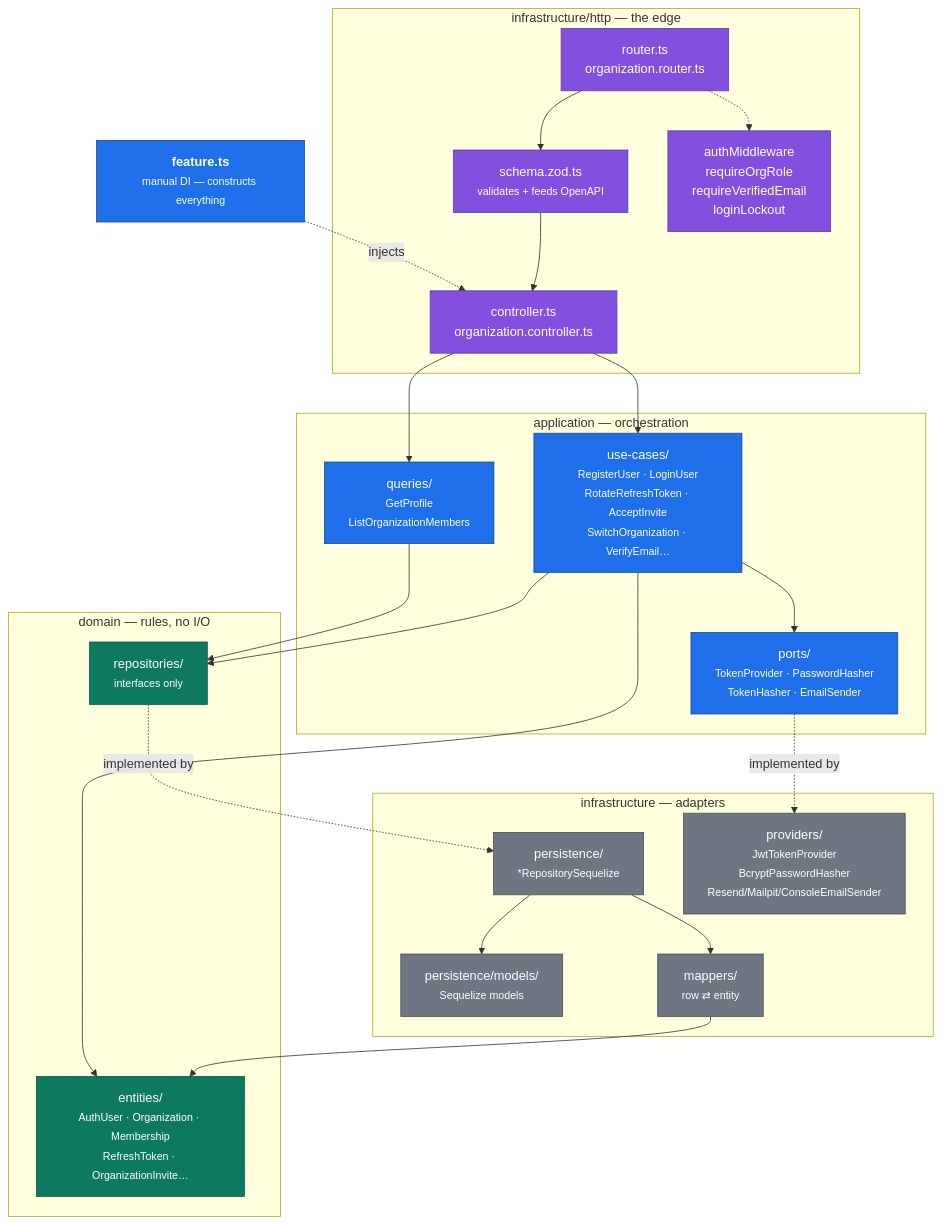
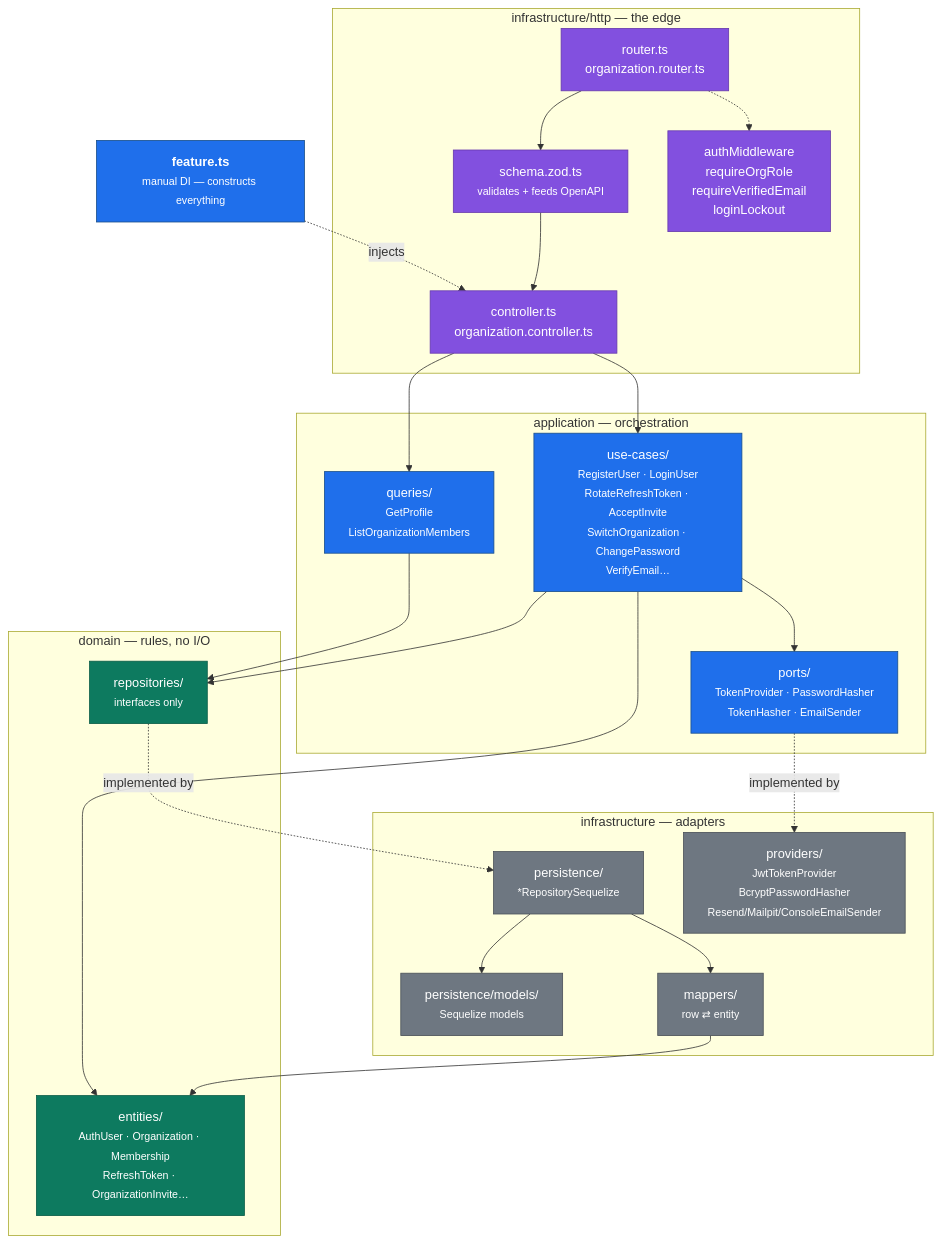
The diagram in docs/explanation/architecture/c4-components-auth.md (dimaszisby/lakira-backend), drawn with Mermaid before and after one commit. The commit also changed 42 other files, not shown here.

````diff
--- a/docs/explanation/architecture/c4-components-auth.md
+++ b/docs/explanation/architecture/c4-components-auth.md
@@ -7,52 +7,52 @@
 ```mermaid
 graph TB
     subgraph http ["infrastructure/http — the edge"]
         router["router.ts<br/>organization.router.ts"]
         schema["schema.zod.ts<br/><small>validates + feeds OpenAPI</small>"]
         ctrl["controller.ts<br/>organization.controller.ts"]
         mw["authMiddleware<br/>requireOrgRole<br/>requireVerifiedEmail<br/>loginLockout"]
     end
 
     subgraph app ["application — orchestration"]
-        uc["use-cases/<br/><small>RegisterUser · LoginUser<br/>RotateRefreshToken · AcceptInvite<br/>SwitchOrganization · VerifyEmail…</small>"]
+        uc["use-cases/<br/><small>RegisterUser · LoginUser<br/>RotateRefreshToken · AcceptInvite<br/>SwitchOrganization · ChangePassword<br/>VerifyEmail…</small>"]
         q["queries/<br/><small>GetProfile<br/>ListOrganizationMembers</small>"]
         ports["ports/<br/><small>TokenProvider · PasswordHasher<br/>TokenHasher · EmailSender</small>"]
     end
 
     subgraph dom ["domain — rules, no I/O"]
         ent["entities/<br/><small>AuthUser · Organization · Membership<br/>RefreshToken · OrganizationInvite…</small>"]
         repoif["repositories/<br/><small>interfaces only</small>"]
     end
 
     subgraph inf ["infrastructure — adapters"]
         repos["persistence/<br/><small>*RepositorySequelize</small>"]
         models["persistence/models/<br/><small>Sequelize models</small>"]
         prov["providers/<br/><small>JwtTokenProvider<br/>BcryptPasswordHasher<br/>Resend/Mailpit/ConsoleEmailSender</small>"]
         maps["mappers/<br/><small>row ⇄ entity</small>"]
     end
 
     feature["<b>feature.ts</b><br/><small>manual DI — constructs everything</small>"]
 
     router --> schema --> ctrl --> uc
     router -.-> mw
     ctrl --> q
     uc --> repoif
     uc --> ports
     q --> repoif
     repoif -.->|implemented by| repos
     ports -.->|implemented by| prov
     repos --> maps --> ent
     repos --> models
     uc --> ent
     feature -.->|injects| ctrl
 
     classDef d fill:#0d7a5f,stroke:#0a5d48,color:#fff
     classDef a fill:#1f6feb,stroke:#1a4f8a,color:#fff
     classDef i fill:#6e7781,stroke:#4a5058,color:#fff
     classDef e fill:#8250df,stroke:#6639ac,color:#fff
     class ent,repoif d
     class uc,q,ports a
     class repos,models,prov,maps i
     class router,schema,ctrl,mw e
     class feature a
 ```
````
